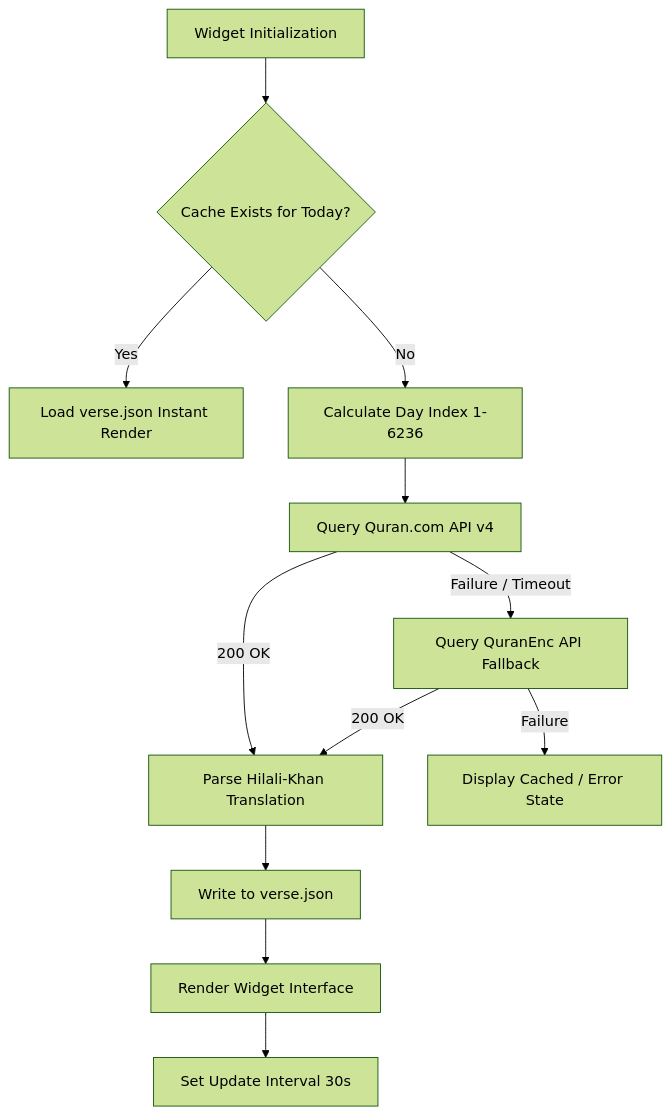
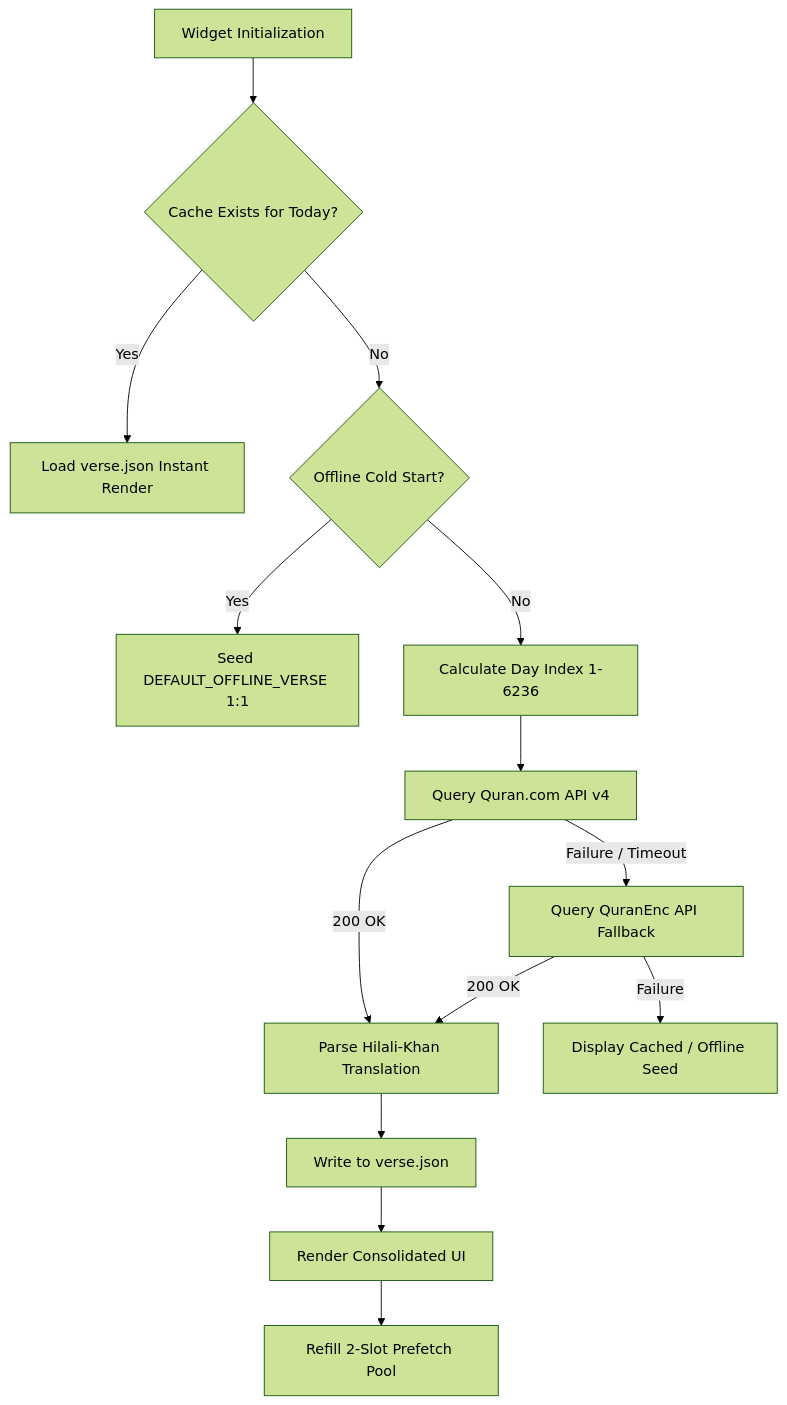
One commit to hamzzaqureshi/noctalia-quran-verse-widget changed the diagram in README.md. Above: the diagram before and after it, drawn with Mermaid (forest theme). The commit also changed other lines of this file and 3 other files, not shown here.

````diff
--- a/README.md
+++ b/README.md
@@ -140,14 +143,16 @@
 ```mermaid
 flowchart TD
     A[Widget Initialization] --> B{Cache Exists for Today?}
     B -- Yes --> C[Load verse.json Instant Render]
-    B -- No --> D[Calculate Day Index 1-6236]
-    D --> E[Query Quran.com API v4]
-    E -- 200 OK --> F[Parse Hilali-Khan Translation]
-    E -- Failure / Timeout --> G[Query QuranEnc API Fallback]
-    G -- 200 OK --> F
-    G -- Failure --> H[Display Cached / Error State]
-    F --> I[Write to verse.json]
-    I --> J[Render Widget Interface]
-    J --> K[Set Update Interval 30s]
+    B -- No --> D{Offline Cold Start?}
+    D -- Yes --> E[Seed DEFAULT_OFFLINE_VERSE 1:1]
+    D -- No --> F[Calculate Day Index 1-6236]
+    F --> G[Query Quran.com API v4]
+    G -- 200 OK --> H[Parse Hilali-Khan Translation]
+    G -- Failure / Timeout --> I[Query QuranEnc API Fallback]
+    I -- 200 OK --> H
+    I -- Failure --> J[Display Cached / Offline Seed]
+    H --> K[Write to verse.json]
+    K --> L[Render Consolidated UI]
+    L --> M[Refill 2-Slot Prefetch Pool]
 ```
````
